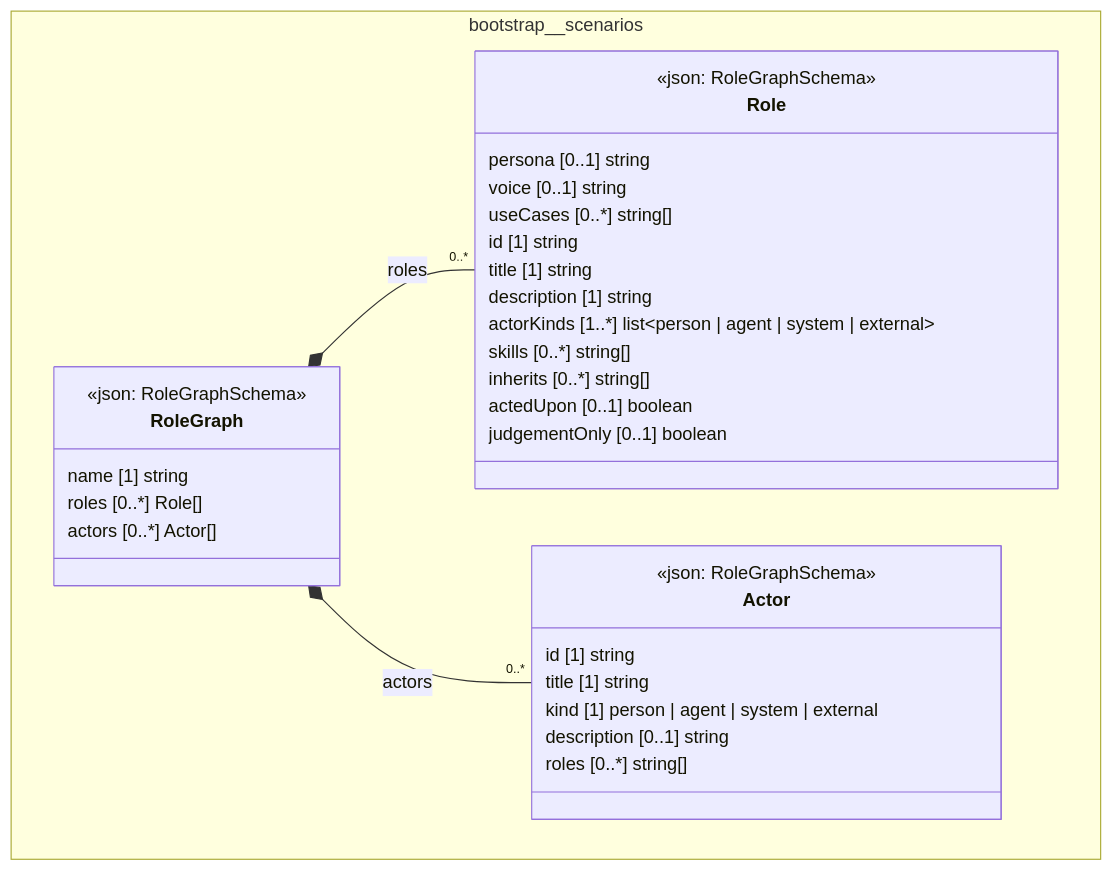
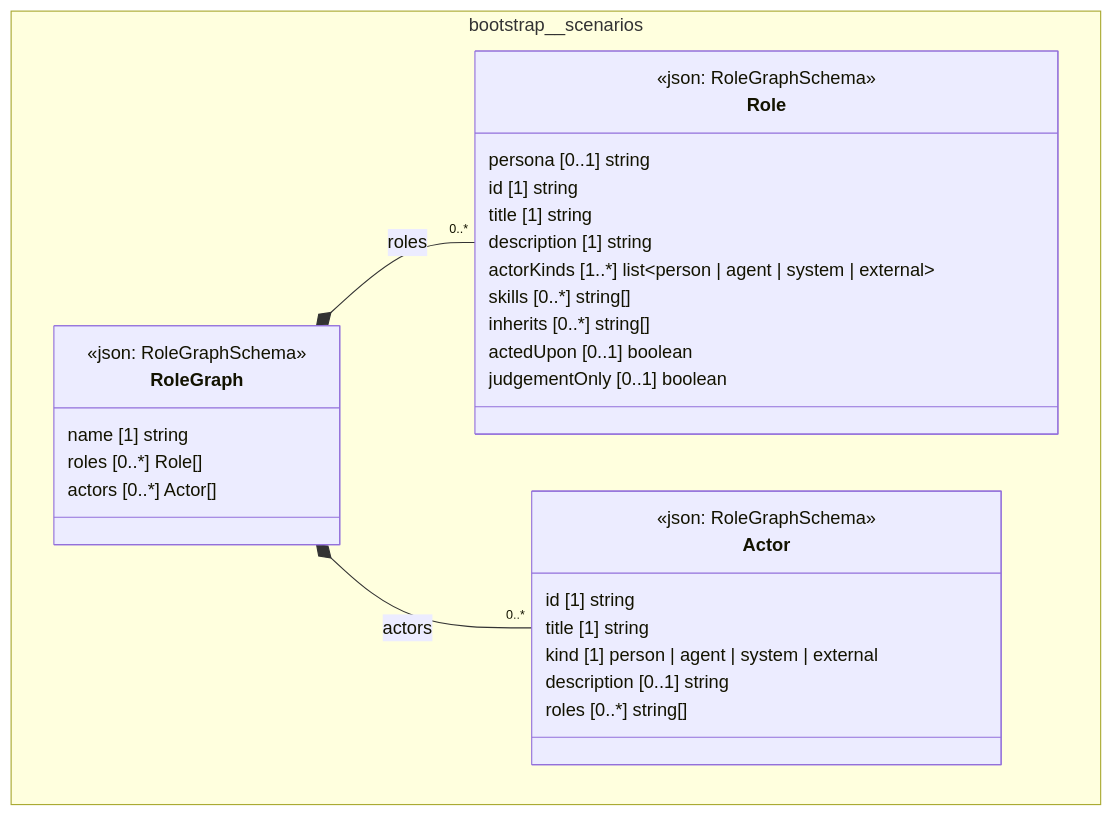
One commit to litlfred/folio-assistant changed the diagram in cat-harness/uml/overview/bootstrap/scenarios.mmd. Above: the diagram before and after it, drawn with Mermaid. The commit also changed 166 other files, not shown here.

First line of the commit message:
B2 (#1168): voices and user stories point at their role; Role.voice and Role.useCases out

```diff
--- a/cat-harness/uml/overview/bootstrap/scenarios.mmd
+++ b/cat-harness/uml/overview/bootstrap/scenarios.mmd
@@ -1,37 +1,35 @@
 classDiagram
   direction TB
   namespace bootstrap__scenarios {
     class bootstrap_scenarios_Role["Role"] {
       <<json: RoleGraphSchema>>
       persona [0..1] string
-      voice [0..1] string
-      useCases [0..*] string[]
       id [1] string
       title [1] string
       description [1] string
       actorKinds [1..*] list~person | agent | system | external~
       skills [0..*] string[]
       inherits [0..*] string[]
       actedUpon [0..1] boolean
       judgementOnly [0..1] boolean
     }
     class bootstrap_scenarios_Actor["Actor"] {
       <<json: RoleGraphSchema>>
       id [1] string
       title [1] string
       kind [1] person | agent | system | external
       description [0..1] string
       roles [0..*] string[]
     }
     class bootstrap_scenarios_RoleGraph["RoleGraph"] {
       <<json: RoleGraphSchema>>
       name [1] string
       roles [0..*] Role[]
       actors [0..*] Actor[]
     }
   }
   bootstrap_scenarios_RoleGraph *-- "0..*" bootstrap_scenarios_Role : roles
   bootstrap_scenarios_RoleGraph *-- "0..*" bootstrap_scenarios_Actor : actors
   cssClass "bootstrap_scenarios_Role" fa_uml_kind_scenarios
   cssClass "bootstrap_scenarios_Actor" fa_uml_kind_scenarios
   cssClass "bootstrap_scenarios_RoleGraph" fa_uml_kind_scenarios
```
